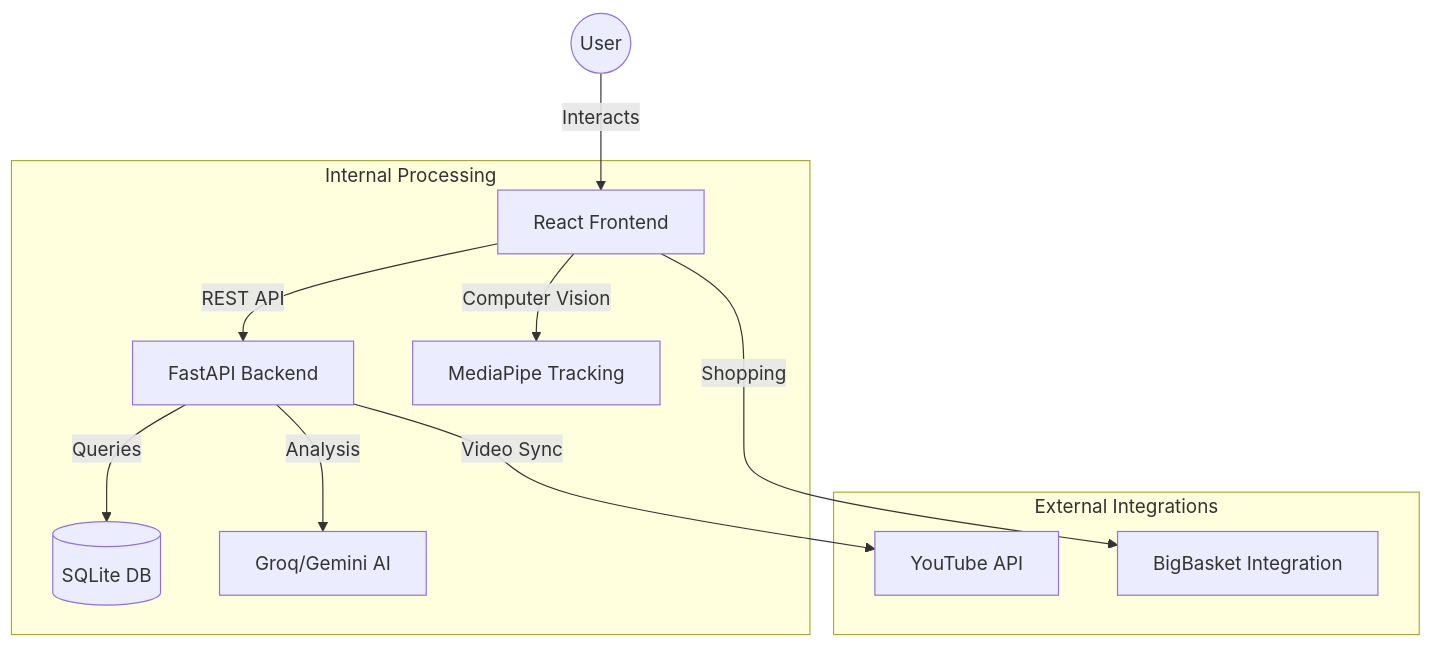
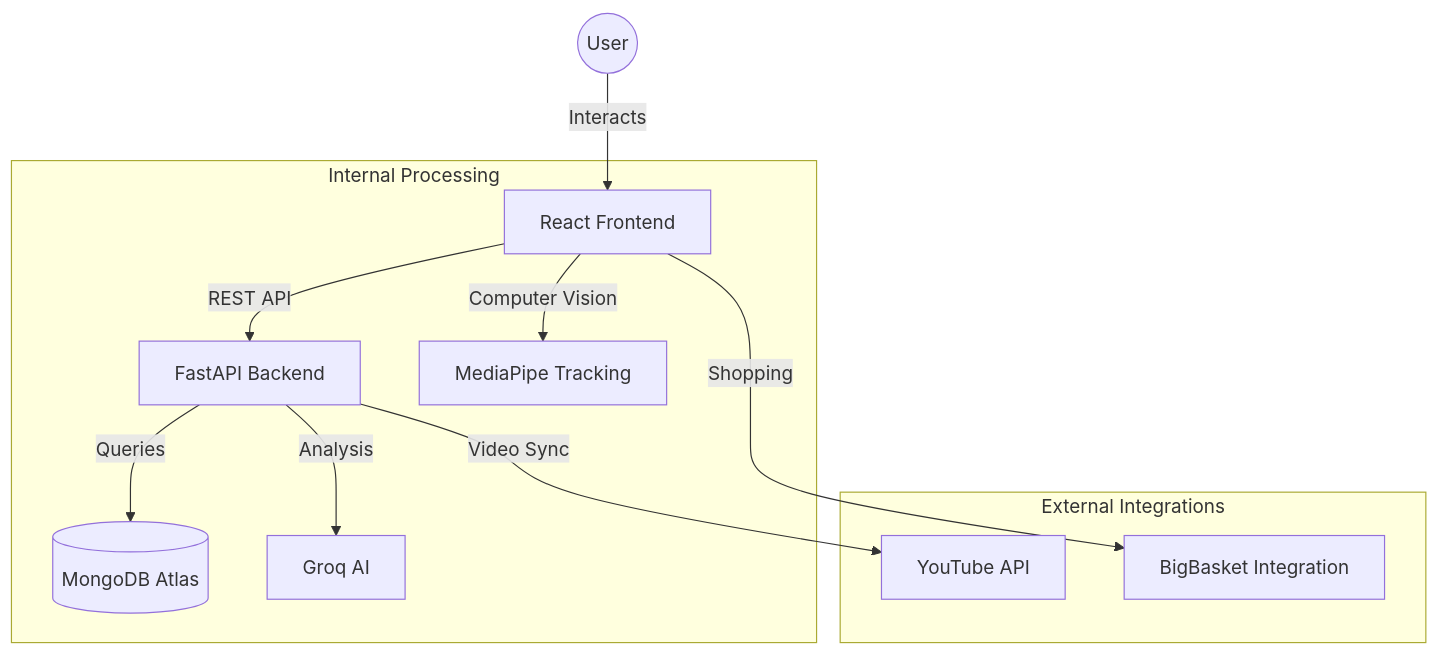
One commit to shahrozebaig/ArogyaMitra changed the first of 5 diagrams in Structure.md. Above: the diagram before and after it, drawn with Mermaid. The commit also changed other lines of this file and 8 other files, not shown here.

````diff
--- a/Structure.md
+++ b/Structure.md
@@ -2,16 +2,16 @@
 ```mermaid
 graph TD
     User((User)) -->|Interacts| ReactApp[React Frontend]
     ReactApp -->|REST API| FastAPI[FastAPI Backend]
     
     subgraph "Internal Processing"
-        FastAPI -->|Queries| SQLite[(SQLite DB)]
-        FastAPI -->|Analysis| Groq[Groq/Gemini AI]
+        FastAPI -->|Queries| MongoDB[(MongoDB Atlas)]
+        FastAPI -->|Analysis| Groq[Groq AI]
         ReactApp -->|Computer Vision| MediaPipe[MediaPipe Tracking]
     end
     
     subgraph "External Integrations"
         FastAPI -->|Video Sync| YouTube[YouTube API]
         ReactApp -->|Shopping| BigBasket[BigBasket Integration]
     end
 ```
````
